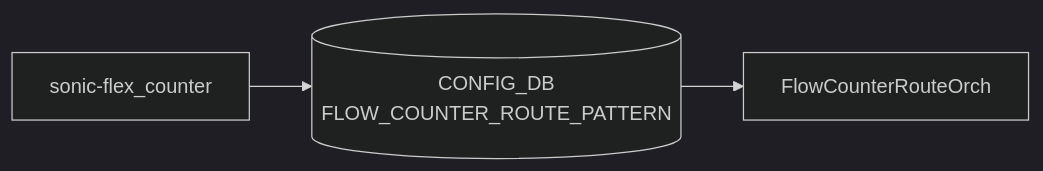
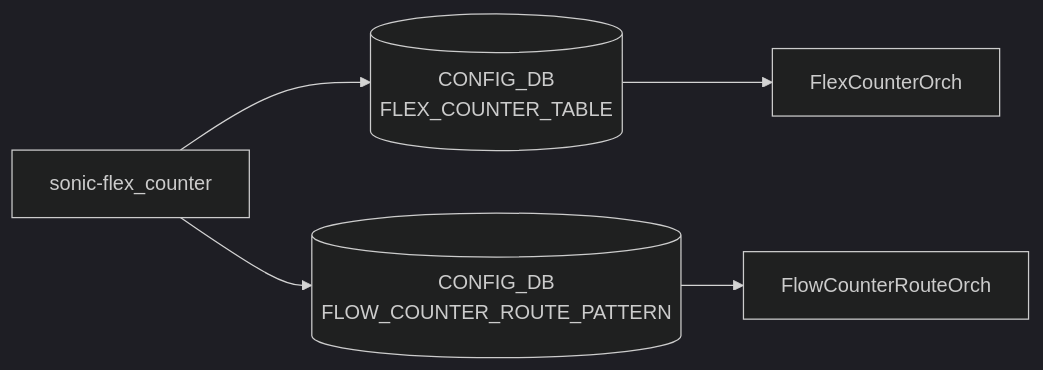
One commit to aoki-taquan/sonic-unofficial-docs changed the diagram in docs/reference/yang/sonic-flex_counter.md. Above: the diagram before and after it, drawn with Mermaid (dark theme). The commit also changed other lines of this file and 143 other files, not shown here.

````diff
--- a/docs/reference/yang/sonic-flex_counter.md
+++ b/docs/reference/yang/sonic-flex_counter.md
@@ -32,8 +32,12 @@
 ```mermaid
 flowchart LR
   Y["sonic-flex_counter"]
-  C1[("CONFIG_DB<br/>FLOW_COUNTER_ROUTE_PATTERN")]
+  C1[("CONFIG_DB<br/>FLEX_COUNTER_TABLE")]
   Y --> C1
-  D1["FlowCounterRouteOrch"]
+  D1["FlexCounterOrch"]
   C1 --> D1
+  C2[("CONFIG_DB<br/>FLOW_COUNTER_ROUTE_PATTERN")]
+  Y --> C2
+  D2["FlowCounterRouteOrch"]
+  C2 --> D2
 ```
````
